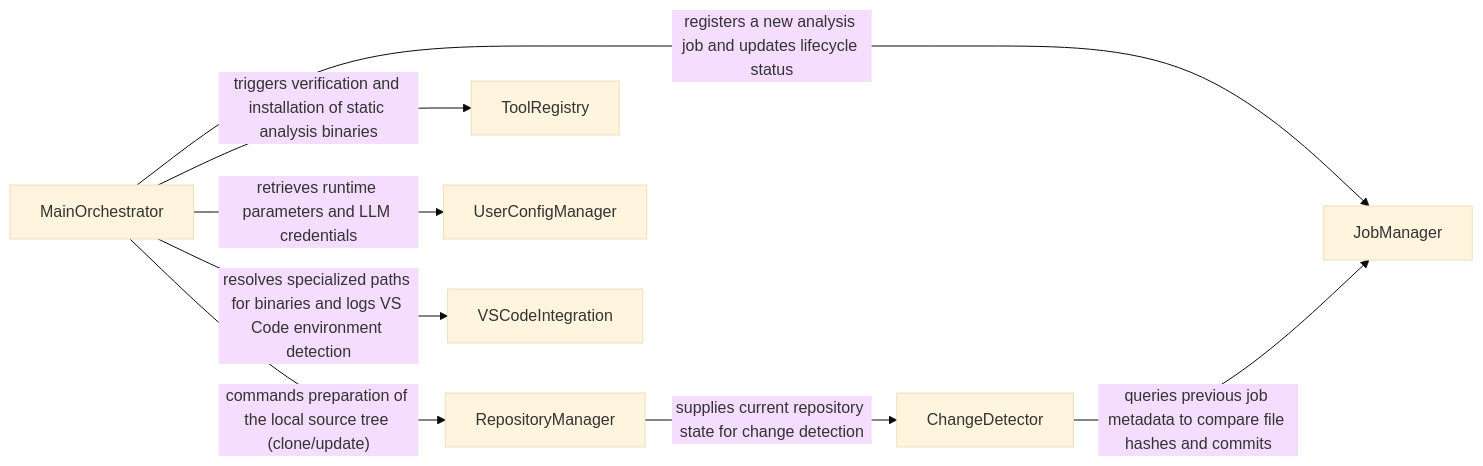
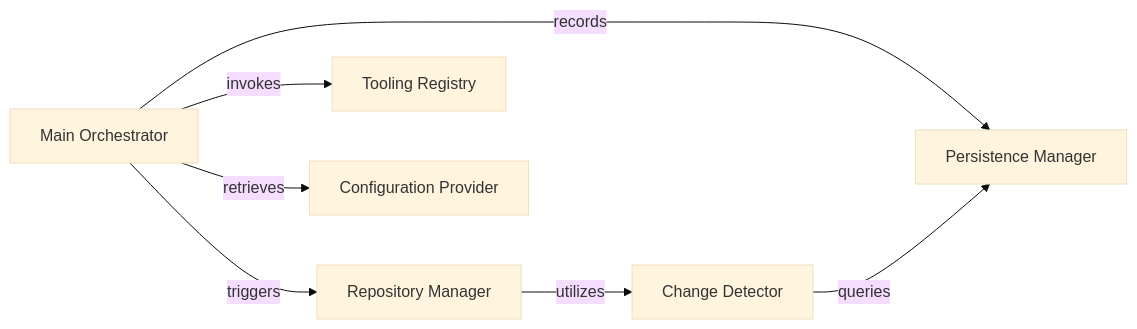
The diagram in .codeboarding/Application_Orchestrator_Repository_Manager.md (CodeBoarding/CodeBoarding), drawn with Mermaid (base theme) before and after one commit. The commit also changed other lines of this file and 5 other files, not shown here.

````diff
--- a/.codeboarding/Application_Orchestrator_Repository_Manager.md
+++ b/.codeboarding/Application_Orchestrator_Repository_Manager.md
@@ -1,17 +1,15 @@
 ```mermaid
 graph LR
-    MainOrchestrator["MainOrchestrator"]
-    RepositoryManager["RepositoryManager"]
-    ChangeDetector["ChangeDetector"]
-    ToolRegistry["ToolRegistry"]
-    JobManager["JobManager"]
-    UserConfigManager["UserConfigManager"]
-    VSCodeIntegration["VSCodeIntegration"]
-    MainOrchestrator -- "retrieves runtime parameters and LLM credentials" --> UserConfigManager
-    MainOrchestrator -- "triggers verification and installation of static analysis binaries" --> ToolRegistry
-    MainOrchestrator -- "commands preparation of the local source tree (clone/update)" --> RepositoryManager
-    MainOrchestrator -- "registers a new analysis job and updates lifecycle status" --> JobManager
-    RepositoryManager -- "supplies current repository state for change detection" --> ChangeDetector
-    ChangeDetector -- "queries previous job metadata to compare file hashes and commits" --> JobManager
-    MainOrchestrator -- "resolves specialized paths for binaries and logs VS Code environment detection" --> VSCodeIntegration
+    Main_Orchestrator["Main Orchestrator"]
+    Repository_Manager["Repository Manager"]
+    Change_Detector["Change Detector"]
+    Tooling_Registry["Tooling Registry"]
+    Persistence_Manager["Persistence Manager"]
+    Configuration_Provider["Configuration Provider"]
+    Main_Orchestrator -- "invokes" --> Tooling_Registry
+    Main_Orchestrator -- "triggers" --> Repository_Manager
+    Repository_Manager -- "utilizes" --> Change_Detector
+    Main_Orchestrator -- "records" --> Persistence_Manager
+    Change_Detector -- "queries" --> Persistence_Manager
+    Main_Orchestrator -- "retrieves" --> Configuration_Provider
 ```
````
